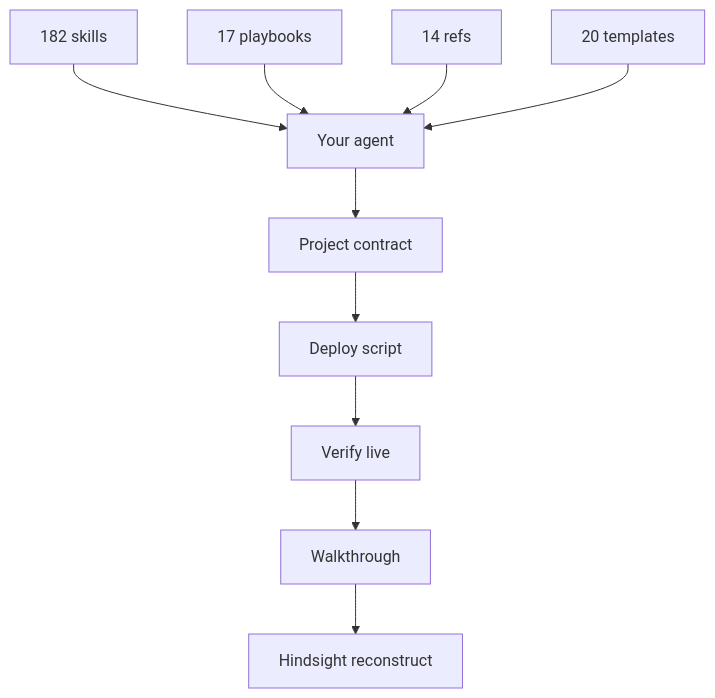
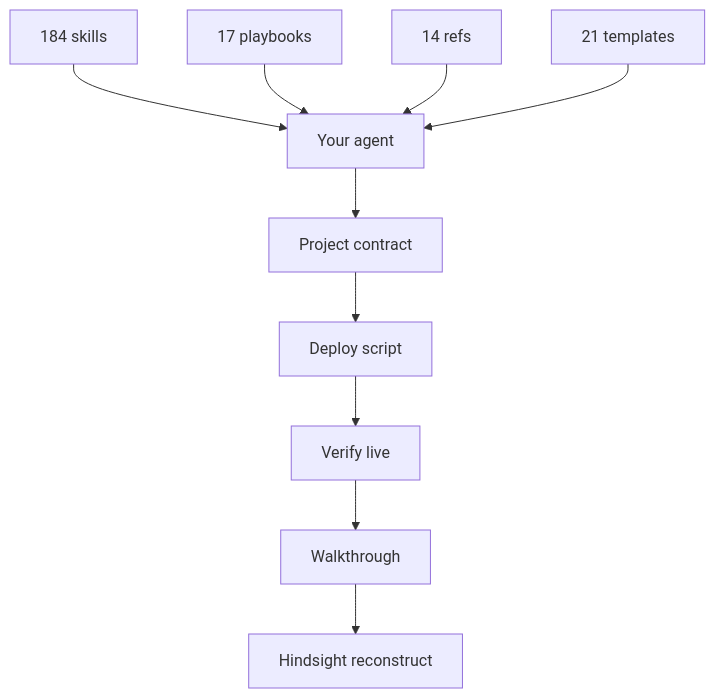
The third of 3 diagrams in README.md (Nonarkara/dr-non-vibecoding-skills), drawn with Mermaid before and after one commit. The commit also changed other lines of this file and 10 other files, not shown here.

````diff
--- a/README.md
+++ b/README.md
@@ -484,12 +484,12 @@
 ```mermaid
 flowchart TB
-  S["182 skills"] --> A["Your agent"]
+  S["184 skills"] --> A["Your agent"]
   P["17 playbooks"] --> A
   R["14 refs"] --> A
-  T["20 templates"] --> A
+  T["21 templates"] --> A
   A --> W["Project contract"]
   W --> D["Deploy script"]
   D --> V["Verify live"]
   V --> H["Walkthrough"]
   H --> L["Hindsight reconstruct"]
 ```
````
